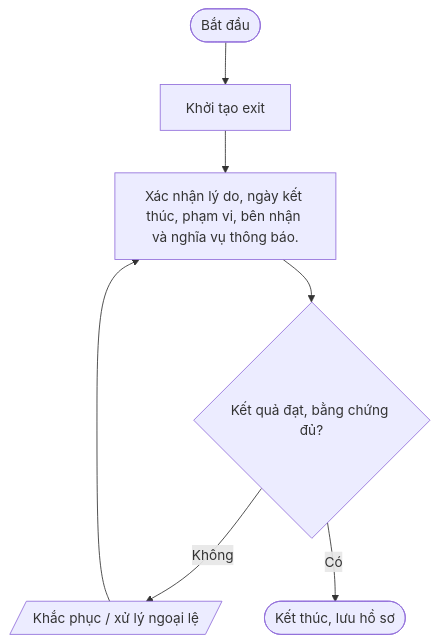
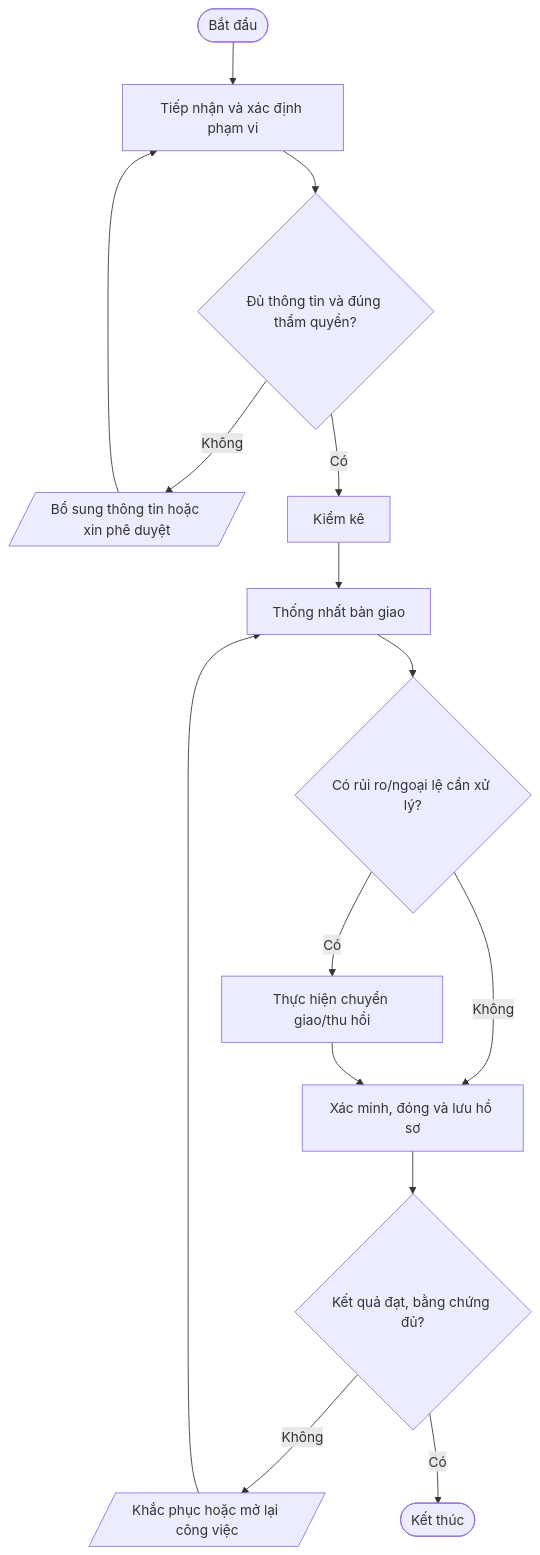
The first of 4 diagrams in quy-trinh/06-Ket-thuc-hop-dong/README.md (daoaigiangnam/Quy_Trinh_Chuan), drawn with Mermaid before and after one commit. The commit also changed other lines of this file, not shown here.

Commit message:
docs: refine detailed procedure steps and Mermaid flowcharts

````diff
--- a/quy-trinh/06-Ket-thuc-hop-dong/README.md
+++ b/quy-trinh/06-Ket-thuc-hop-dong/README.md
@@ -47,11 +50,17 @@
 ```mermaid
 flowchart TD
-  A([Bắt đầu]) --> S1
-  S1["Khởi tạo exit"]
-  S2["Xác nhận lý do, ngày kết thúc, phạm vi, bên nhận và nghĩa vụ thông báo."]
-  S1 --> S2
-  S2 --> D2{"Kết quả đạt, bằng chứng đủ?"}
-  D2 -- Không --> REWORK[/"Khắc phục / xử lý ngoại lệ"/]
-  REWORK --> S2
-  D2 -- Có --> Z([Kết thúc, lưu hồ sơ])
+  A([Bắt đầu]) --> S1["Tiếp nhận và xác định phạm vi"]
+  S1 --> D1{"Đủ thông tin và đúng thẩm quyền?"}
+  D1 -- Không --> F1[/"Bổ sung thông tin hoặc xin phê duyệt"/]
+  F1 --> S1
+  D1 -- Có --> S2["Kiểm kê"]
+  S2 --> S3["Thống nhất bàn giao"]
+  S3 --> D2{"Có rủi ro/ngoại lệ cần xử lý?"}
+  D2 -- Có --> S4["Thực hiện chuyển giao/thu hồi"]
+  D2 -- Không --> S5["Xác minh, đóng và lưu hồ sơ"]
+  S4 --> S5
+  S5 --> D3{"Kết quả đạt, bằng chứng đủ?"}
+  D3 -- Không --> R[/"Khắc phục hoặc mở lại công việc"/]
+  R --> S3
+  D3 -- Có --> Z([Kết thúc])
 ```
````
